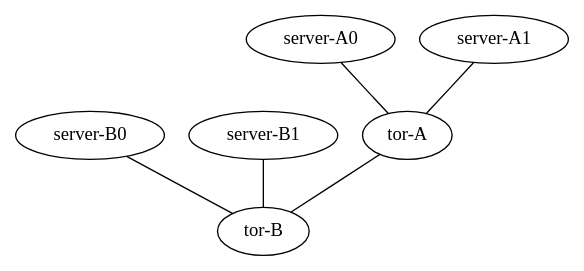
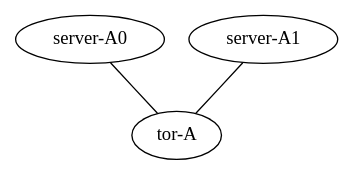
The diagram in Vagrant/Get_Started/viewer.dot (datacompucrs/DataCenter-1), drawn with Graphviz before and after one commit. The commit also changed 16 other files, not shown here.

```diff
--- a/Vagrant/Get_Started/viewer.dot
+++ b/Vagrant/Get_Started/viewer.dot
@@ -1,16 +1,9 @@
 graph vx {
 "tor-A" [function="leaf" vagrant="eth1" os="hashicorp/bionic64" version="1.0.282" memory="500" config="./helper_scripts/config_production_switch.sh" ]
 "server-A0" [function="host" vagrant="eth3" os="hashicorp/bionic64" version="1.0.282" memory="500" config="./helper_scripts/config_production_server.sh" ]
 "server-A1" [function="host" vagrant="eth3" os="hashicorp/bionic64" version="1.0.282" memory="500" config="./helper_scripts/config_production_server.sh" ]
 
-"tor-B" [function="leaf" vagrant="eth1" os="hashicorp/bionic64" version="1.0.282" memory="500" config="./helper_scripts/config_production_switch.sh" ]
-"server-B0" [function="host" vagrant="eth3" os="hashicorp/bionic64" version="1.0.282" memory="500" config="./helper_scripts/config_production_server.sh" ]
-"server-B1" [function="host" vagrant="eth3" os="hashicorp/bionic64" version="1.0.282" memory="500" config="./helper_scripts/config_production_server.sh" ]
-
-"tor-A":"eth50" -- "tor-B":"eth49"
 
 "server-A0":"eth1" -- "tor-A":"eth1" [left_mac="00:01:00:11:11:01"]
 "server-A1":"eth1" -- "tor-A":"eth2" [left_mac="00:01:00:22:22:02"]
-"server-B0":"eth1" -- "tor-B":"eth1" [left_mac="00:02:00:11:11:01"]
-"server-B1":"eth1" -- "tor-B":"eth2" [left_mac="00:02:00:22:22:02"]
 }
```
